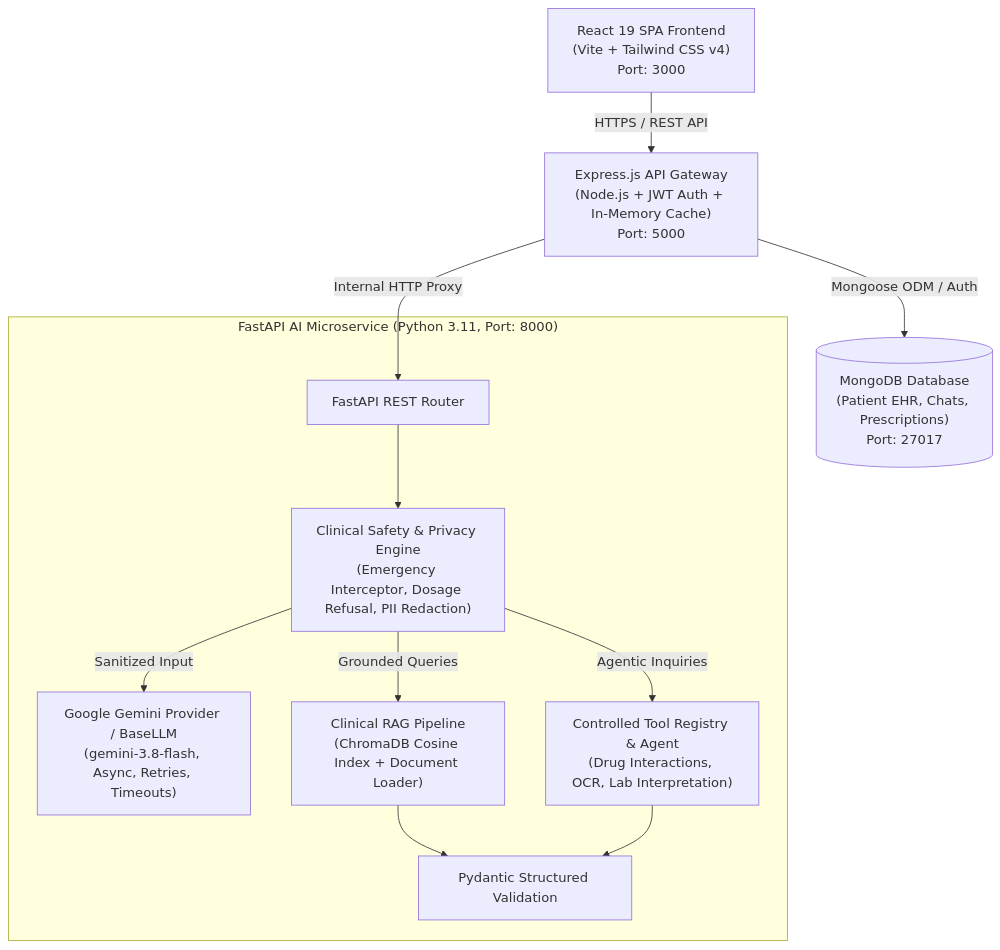
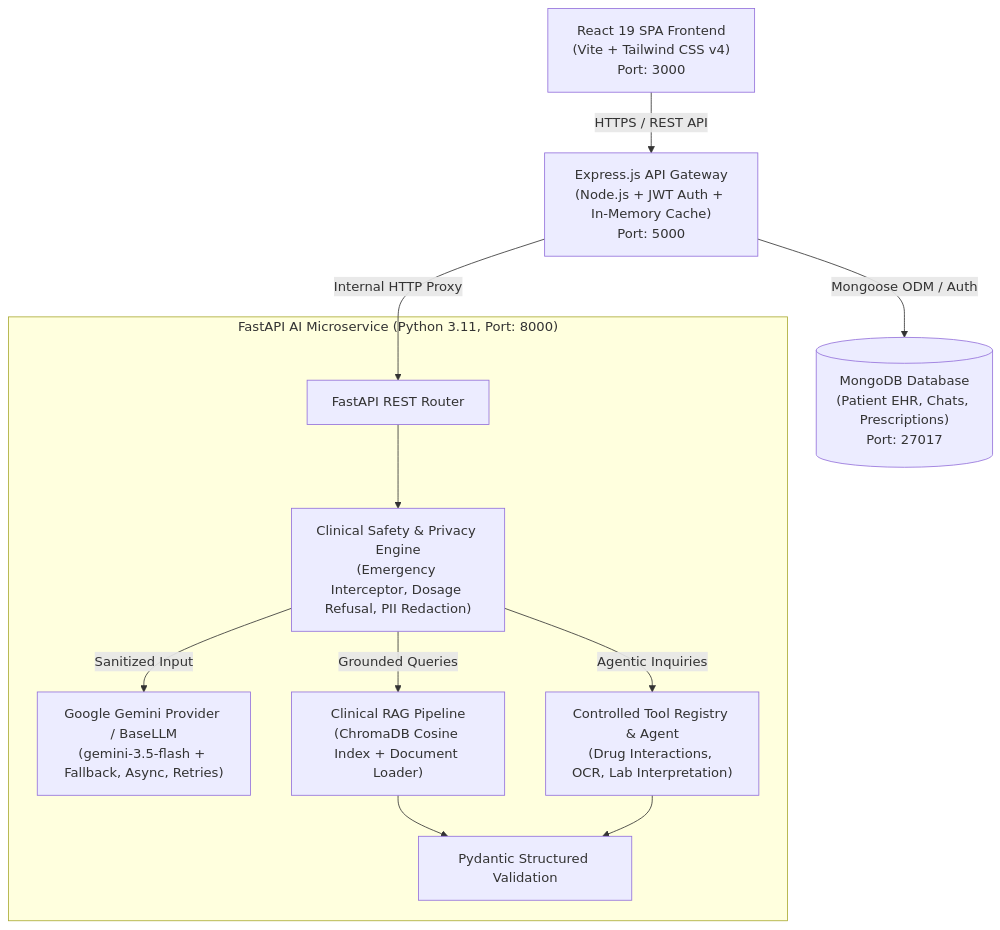
Before and after one commit to Anvesh-999/IntelliCare-AI: the diagram in README.md, drawn with Mermaid. The commit also changed other lines of this file, not shown here.

Commit message:
docs: update README with live deployment URLs, gemini-3.5-flash specs, and demo accounts

````diff
--- a/README.md
+++ b/README.md
@@ -39,25 +42,25 @@
 ```mermaid
 flowchart TD
     Client["React 19 SPA Frontend\n(Vite + Tailwind CSS v4)\nPort: 3000"]
     Gateway["Express.js API Gateway\n(Node.js + JWT Auth + In-Memory Cache)\nPort: 5000"]
     MongoDB[("MongoDB Database\n(Patient EHR, Chats, Prescriptions)\nPort: 27017")]
     
     subgraph AIService ["FastAPI AI Microservice (Python 3.11, Port: 8000)"]
         Router["FastAPI REST Router"]
         Safety["Clinical Safety & Privacy Engine\n(Emergency Interceptor, Dosage Refusal, PII Redaction)"]
-        LLM["Google Gemini Provider / BaseLLM\n(gemini-3.8-flash, Async, Retries, Timeouts)"]
+        LLM["Google Gemini Provider / BaseLLM\n(gemini-3.5-flash + Fallback, Async, Retries)"]
         RAG["Clinical RAG Pipeline\n(ChromaDB Cosine Index + Document Loader)"]
         Tools["Controlled Tool Registry & Agent\n(Drug Interactions, OCR, Lab Interpretation)"]
         Schemas["Pydantic Structured Validation"]
     end
 
     Client -->|HTTPS / REST API| Gateway
     Gateway -->|Mongoose ODM / Auth| MongoDB
     Gateway -->|Internal HTTP Proxy| Router
     Router --> Safety
     Safety -->|Sanitized Input| LLM
     Safety -->|Grounded Queries| RAG
     Safety -->|Agentic Inquiries| Tools
     RAG --> Schemas
     Tools --> Schemas
 ```
````
